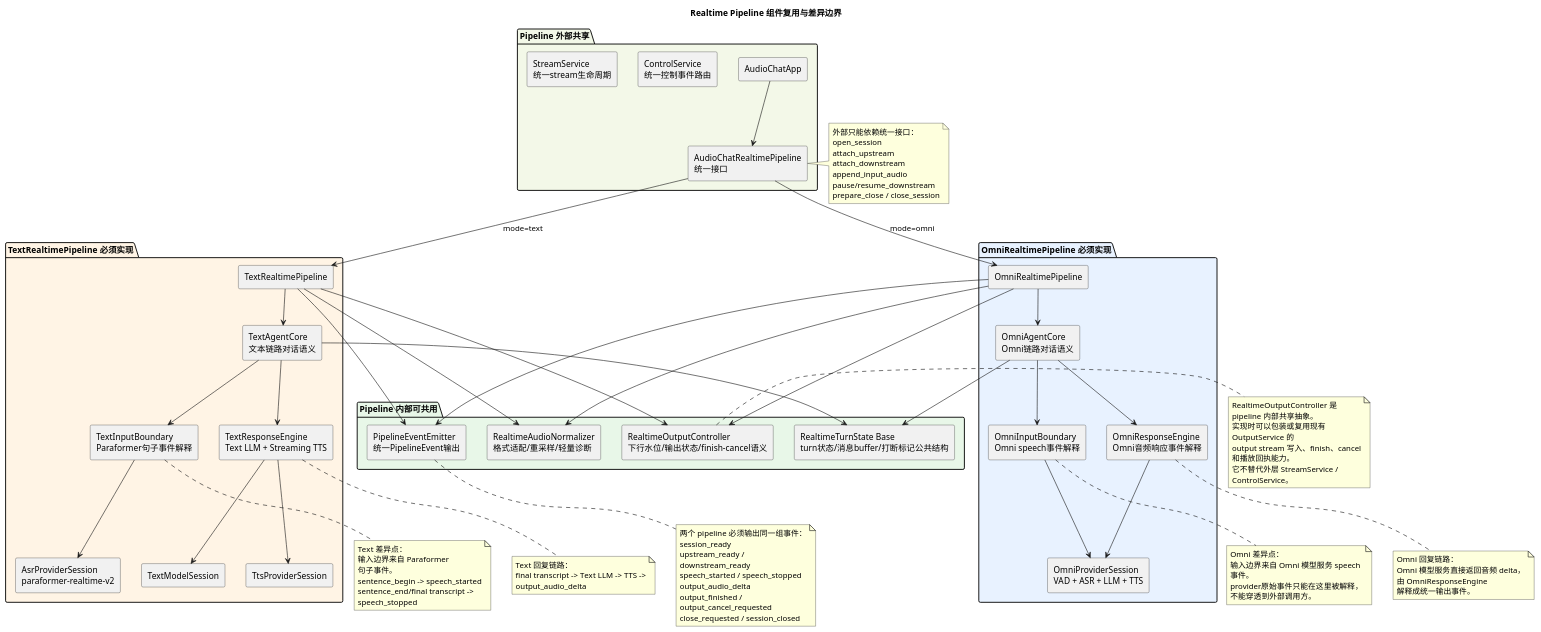
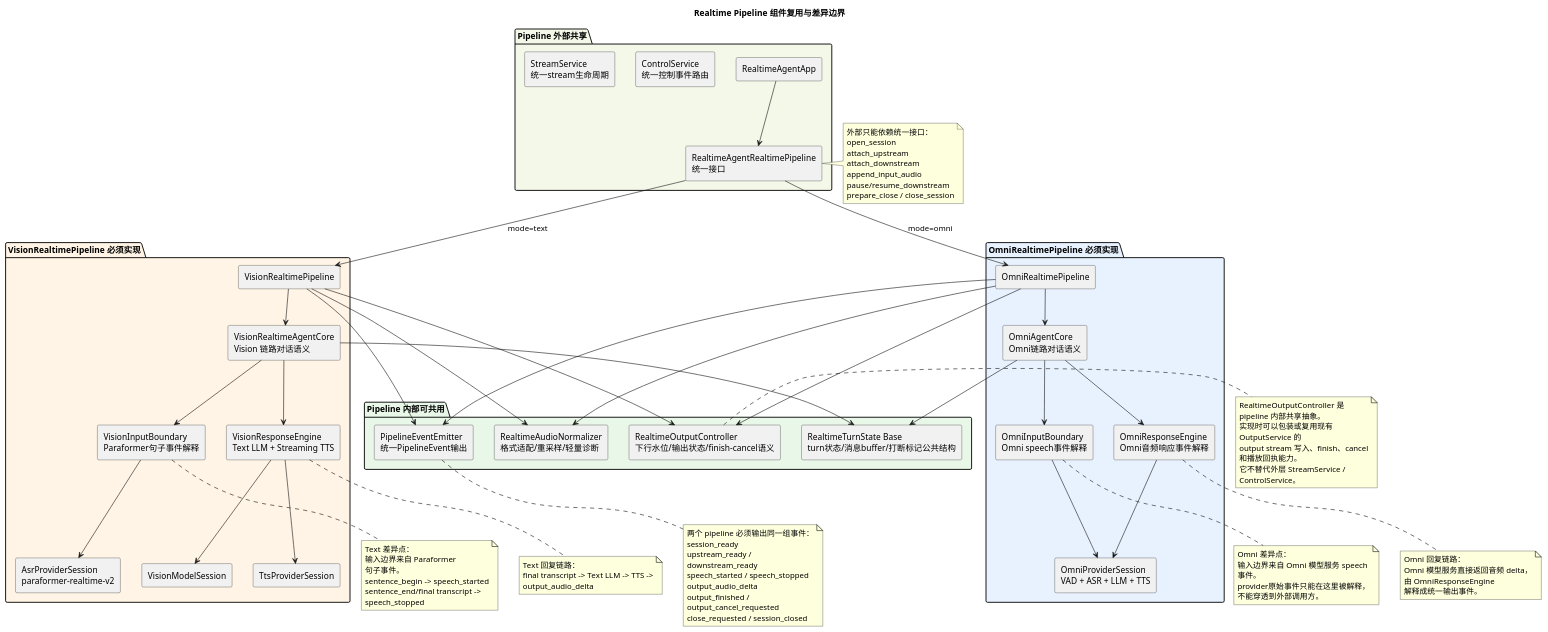
The diagram in audio-server/docs/internal/realtime-pipeline-component-comparison.puml (HengeLiu/RealtimeAgent), drawn with PlantUML before and after one commit. The commit also changed 488 other files, not shown here.

```diff
--- a/audio-server/docs/internal/realtime-pipeline-component-comparison.puml
+++ b/audio-server/docs/internal/realtime-pipeline-component-comparison.puml
@@ -1,117 +1,117 @@
 @startuml
 title Realtime Pipeline 组件复用与差异边界
 
 skinparam componentStyle rectangle
 skinparam wrapWidth 220
 skinparam maxMessageSize 120
 
 package "Pipeline 外部共享" #F3F8E8 {
-  [AudioChatApp] as App
+  [RealtimeAgentApp] as App
   [ControlService\n统一控制事件路由] as Control
   [StreamService\n统一stream生命周期] as Stream
-  [AudioChatRealtimePipeline\n统一接口] as Contract
+  [RealtimeAgentRealtimePipeline\n统一接口] as Contract
 }
 
 package "Pipeline 内部可共用" #E8F7E8 {
   [RealtimeAudioNormalizer\n格式适配/重采样/轻量诊断] as Normalizer
   [RealtimeOutputController\n下行水位/输出状态/finish-cancel语义] as Output
   [PipelineEventEmitter\n统一PipelineEvent输出] as Emitter
   [RealtimeTurnState Base\nturn状态/消息buffer/打断标记公共结构] as TurnState
 }
 
-package "TextRealtimePipeline 必须实现" #FFF4E5 {
-  [TextRealtimePipeline] as TextPipeline
-  [TextAgentCore\n文本链路对话语义] as TextCore
-  [TextInputBoundary\nParaformer句子事件解释] as TextBoundary
-  [TextResponseEngine\nText LLM + Streaming TTS] as TextResponse
+package "VisionRealtimePipeline 必须实现" #FFF4E5 {
+  [VisionRealtimePipeline] as TextPipeline
+  [VisionRealtimeAgentCore\nVision 链路对话语义] as TextCore
+  [VisionInputBoundary\nParaformer句子事件解释] as TextBoundary
+  [VisionResponseEngine\nText LLM + Streaming TTS] as TextResponse
   [AsrProviderSession\nparaformer-realtime-v2] as Asr
-  [TextModelSession] as LLM
+  [VisionModelSession] as LLM
   [TtsProviderSession] as TTS
 }
 
 package "OmniRealtimePipeline 必须实现" #E8F2FF {
   [OmniRealtimePipeline] as OmniPipeline
   [OmniAgentCore\nOmni链路对话语义] as OmniCore
   [OmniInputBoundary\nOmni speech事件解释] as OmniBoundary
   [OmniResponseEngine\nOmni音频响应事件解释] as OmniResponse
   [OmniProviderSession\nVAD + ASR + LLM + TTS] as OmniSession
 }
 
 App --> Contract
 Contract --> TextPipeline : mode=text
 Contract --> OmniPipeline : mode=omni
 
 TextPipeline --> Normalizer
 TextPipeline --> TextCore
 TextPipeline --> Output
 TextPipeline --> Emitter
 TextCore --> TurnState
 TextCore --> TextBoundary
 TextCore --> TextResponse
 TextBoundary --> Asr
 TextResponse --> LLM
 TextResponse --> TTS
 
 OmniPipeline --> Normalizer
 OmniPipeline --> OmniCore
 OmniPipeline --> Output
 OmniPipeline --> Emitter
 OmniCore --> TurnState
 OmniCore --> OmniBoundary
 OmniCore --> OmniResponse
 OmniBoundary --> OmniSession
 OmniResponse --> OmniSession
 
 note right of Contract
 外部只能依赖统一接口：
 open_session
 attach_upstream
 attach_downstream
 append_input_audio
 pause/resume_downstream
 prepare_close / close_session
 end note
 
 note bottom of Emitter
 两个 pipeline 必须输出同一组事件：
 session_ready
 upstream_ready / downstream_ready
 speech_started / speech_stopped
 output_audio_delta
 output_finished / output_cancel_requested
 close_requested / session_closed
 end note
 
 note right of Output
 RealtimeOutputController 是 pipeline 内部共享抽象。
 实现时可以包装或复用现有 OutputService 的
 output stream 写入、finish、cancel 和播放回执能力。
 它不替代外层 StreamService / ControlService。
 end note
 
 note bottom of TextBoundary
 Text 差异点：
 输入边界来自 Paraformer 句子事件。
 sentence_begin -> speech_started
 sentence_end/final transcript -> speech_stopped
 end note
 
 note bottom of OmniBoundary
 Omni 差异点：
 输入边界来自 Omni 模型服务 speech 事件。
 provider原始事件只能在这里被解释，
 不能穿透到外部调用方。
 end note
 
 note bottom of TextResponse
 Text 回复链路：
 final transcript -> Text LLM -> TTS -> output_audio_delta
 end note
 
 note bottom of OmniResponse
 Omni 回复链路：
 Omni 模型服务直接返回音频 delta，
 由 OmniResponseEngine 解释成统一输出事件。
 end note
 
 @enduml
```
